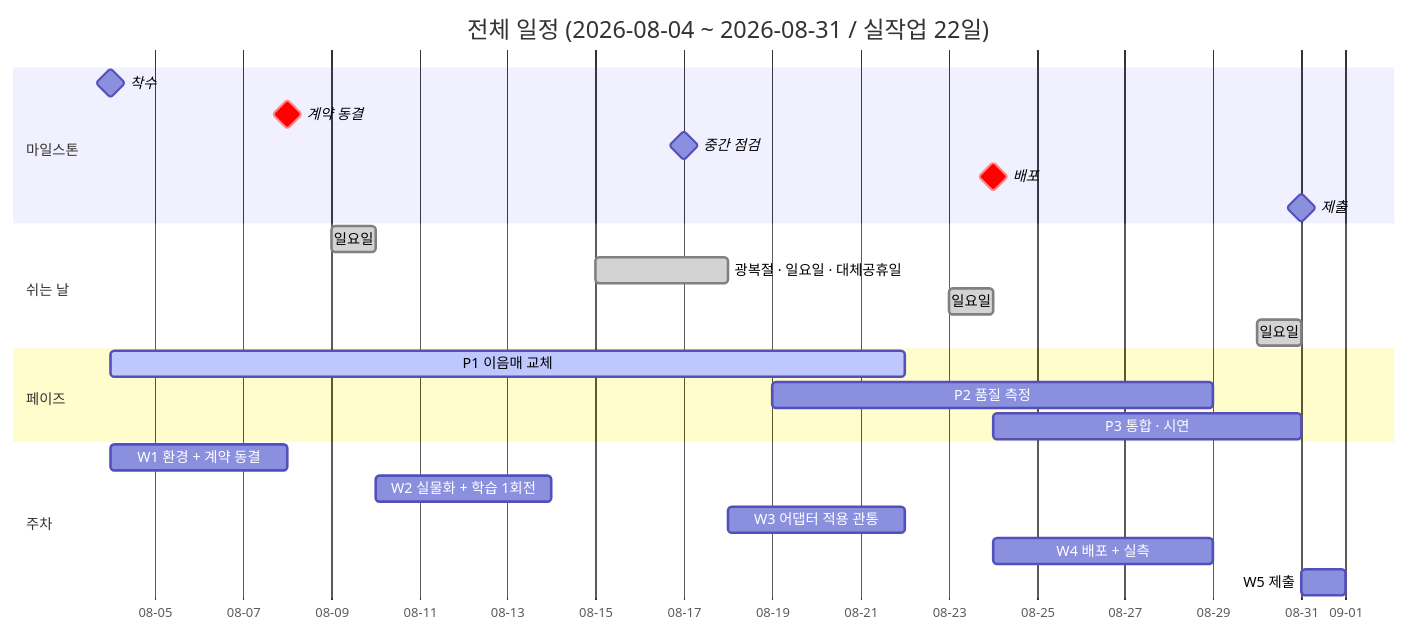
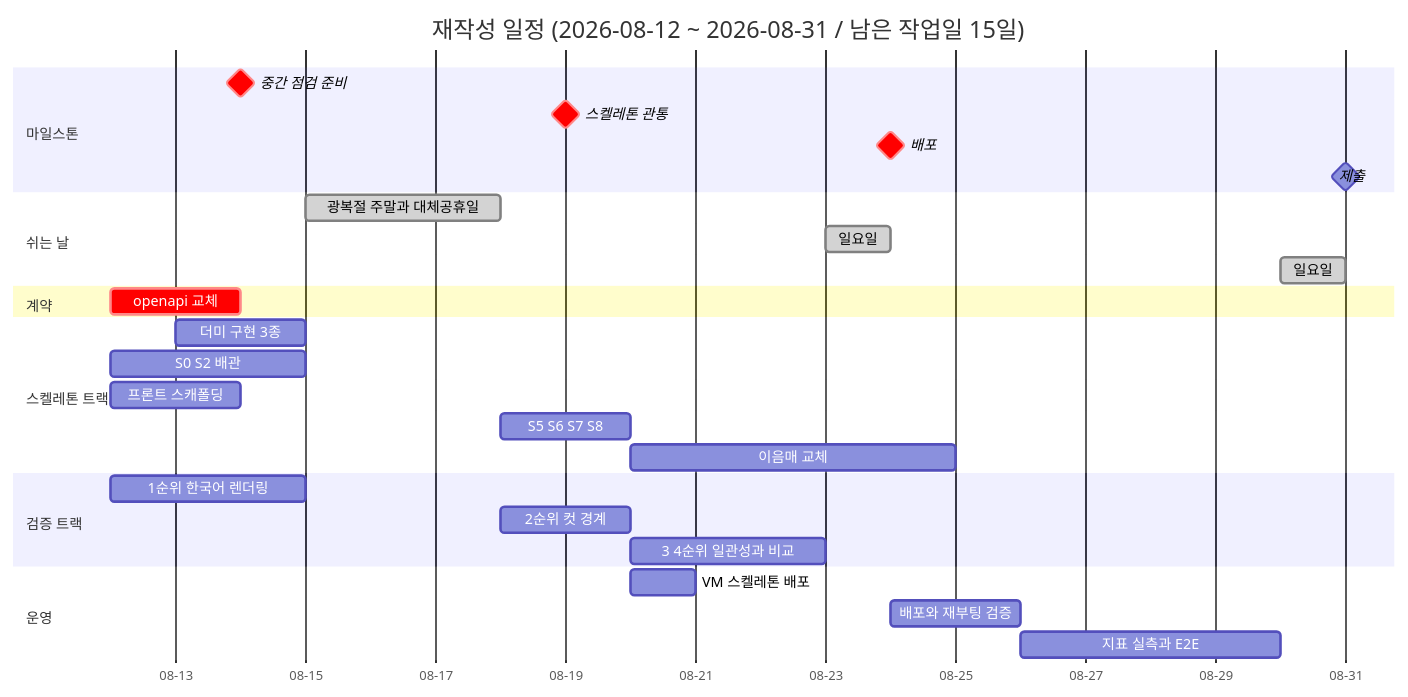
Before and after one commit to Codeit-AI10-Part4-3Team/AI10-Part4-3Team-Advanced-Project: the first of 2 diagrams in docs/역할_일정/00-overall.md, drawn with Mermaid. The commit also changed other lines of this file and 7 other files, not shown here.

````diff
--- a/docs/역할_일정/00-overall.md
+++ b/docs/역할_일정/00-overall.md
@@ -14,31 +69,37 @@
 ```mermaid
 gantt
-    title 전체 일정 (2026-08-04 ~ 2026-08-31 / 실작업 22일)
+    title 재작성 일정 (2026-08-12 ~ 2026-08-31 / 남은 작업일 15일)
     dateFormat YYYY-MM-DD
     axisFormat %m-%d
 
     section 마일스톤
-    착수                :milestone, m1, 2026-08-04, 0d
-    계약 동결            :crit, milestone, m2, 2026-08-08, 0d
-    중간 점검            :milestone, m3, 2026-08-17, 0d
-    배포                :crit, milestone, m4, 2026-08-24, 0d
-    제출                :milestone, m5, 2026-08-31, 0d
+    중간 점검 준비        :crit, milestone, m3, 2026-08-14, 0d
+    스켈레톤 관통        :crit, milestone, m4, 2026-08-19, 0d
+    배포                :crit, milestone, m5, 2026-08-24, 0d
+    제출                :milestone, m6, 2026-08-31, 0d
 
     section 쉬는 날
-    일요일                :done, off1, 2026-08-09, 1d
-    광복절 · 일요일 · 대체공휴일 :done, off2, 2026-08-15, 3d
+    광복절 주말과 대체공휴일 :done, off2, 2026-08-15, 3d
     일요일                :done, off3, 2026-08-23, 1d
     일요일                :done, off4, 2026-08-30, 1d
 
-    section 페이즈
-    P1 이음매 교체        :active, p1, 2026-08-04, 2026-08-22
-    P2 품질 측정          :p2, 2026-08-19, 2026-08-29
-    P3 통합 · 시연        :p3, 2026-08-24, 2026-08-31
+    section 계약
+    openapi 교체         :crit, c1, 2026-08-12, 2d
 
-    section 주차
-    W1 환경 + 계약 동결    :w1, 2026-08-04, 2026-08-08
-    W2 실물화 + 학습 1회전  :w2, 2026-08-10, 2026-08-14
-    W3 어댑터 적용 관통     :w3, 2026-08-18, 2026-08-22
-    W4 배포 + 실측        :w4, 2026-08-24, 2026-08-29
-    W5 제출              :w5, 2026-08-31, 1d
+    section 스켈레톤 트랙
+    더미 구현 3종         :s1, 2026-08-13, 2d
+    S0 S2 배관           :s2, 2026-08-12, 3d
+    프론트 스캐폴딩       :s3, 2026-08-12, 2d
+    S5 S6 S7 S8          :s4, 2026-08-18, 2d
+    이음매 교체           :s5, 2026-08-20, 5d
+
+    section 검증 트랙
+    1순위 한국어 렌더링    :v1, 2026-08-12, 3d
+    2순위 컷 경계         :v2, 2026-08-18, 2d
+    3 4순위 일관성과 비교  :v3, 2026-08-20, 3d
+
+    section 운영
+    VM 스켈레톤 배포      :o1, 2026-08-20, 1d
+    배포와 재부팅 검증     :o2, 2026-08-24, 2d
+    지표 실측과 E2E       :o3, 2026-08-26, 4d
 ```
````
